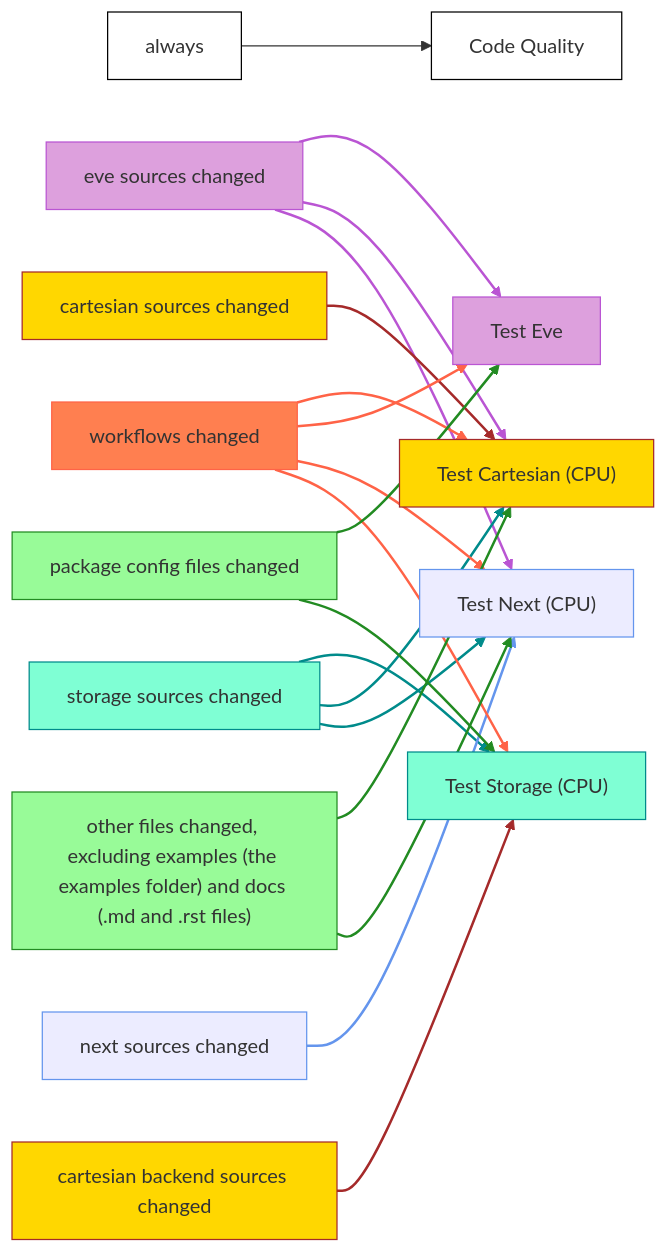
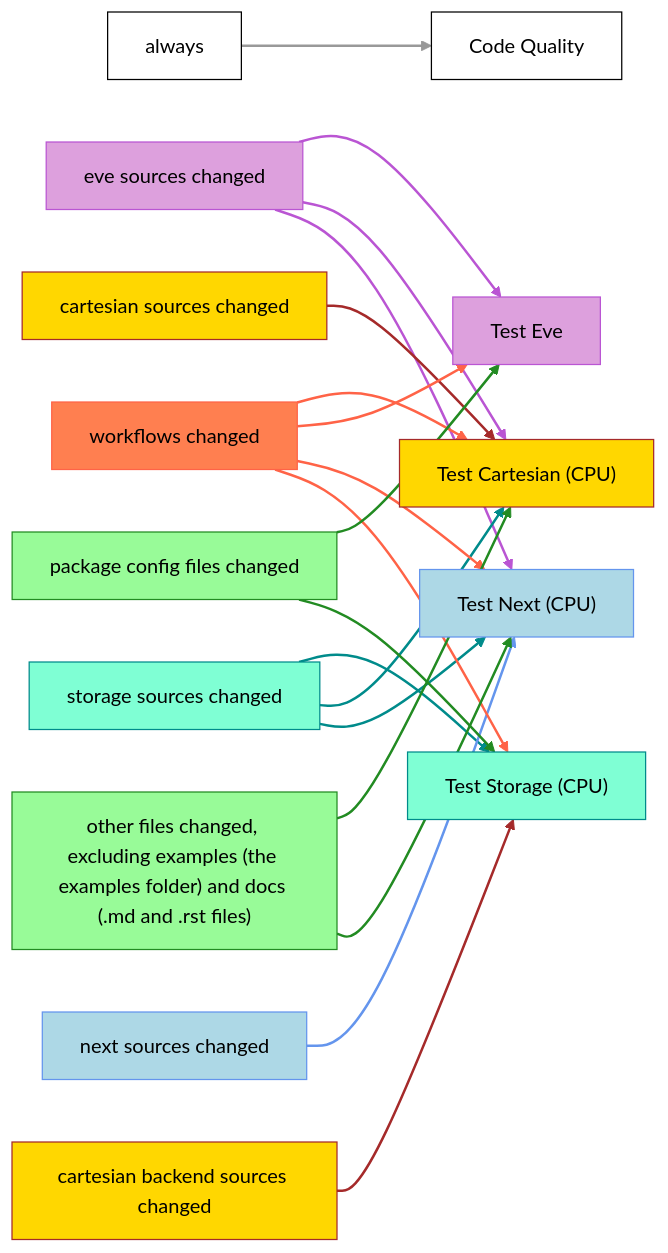
Before and after one commit to GridTools/gt4py: the diagram in docs/development/CI/infrastructure.md, drawn with Mermaid.

Commit message:
fix mermaid colors using neutral theme

````diff
--- a/docs/development/CI/infrastructure.md
+++ b/docs/development/CI/infrastructure.md
@@ -9,69 +9,76 @@
 ```mermaid
-%%{ init: { 'flowchart': { 'curve': 'basis' } } }%%
+%%{ 
+    init: {
+        'flowchart': { 'curve': 'basis' }, 
+        'theme': 'neutral'
+    }
+}%%
 flowchart LR
     always[always] --> qua[Code Quality]
 
     src_eve[eve sources changed] --> eve["Test Eve"]
     src_eve --> car["Test Cartesian (CPU)"]
     src_eve --> nxt["Test Next (CPU)"]
 
     src_car[cartesian sources changed] --> car["Test Cartesian (CPU)"]
 
     src_cab[cartesian backend sources changed] --> sto["Test Storage (CPU)"]
 
     src_sto[storage sources changed] --> sto
     src_sto --> car 
     src_sto --> nxt
 
     src_nxt[next sources changed] --> nxt
 
     cfg_wfl[workflows changed] --> car 
     cfg_wfl --> eve
     cfg_wfl --> nxt
     cfg_wfl --> sto
 
     other["other files changed, excluding examples (the examples folder) and docs (.md and .rst files)"] --> car
     other --> nxt
 
     pkg_cfg[package config files changed] --> eve
     pkg_cfg --> sto
 
     style always fill:White,stroke:black,text:black;
     style src_eve fill:Plum,stroke:MediumOrchid,text:black;
     style src_car fill:Gold,stroke:Brown,text:black;
     style src_cab fill:Gold,stroke:Brown,text:black;
     style src_sto fill:Aquamarine,stroke:DarkCyan,text:black;
-    style src_nxt fill:APPLICATION,stroke:CornFlowerBlue,text:black;
+    style src_nxt fill:LightBlue,stroke:CornFlowerBlue,text:black;
     style cfg_wfl fill:Coral,stroke:Tomato,text:black;
     style other fill:PaleGreen,stroke:ForestGreen,text:black;
     style pkg_cfg fill:PaleGreen,stroke:ForestGreen,text:black;
 
     style qua fill:White,stroke:black,text:black;
     style eve fill:Plum,stroke:MediumOrchid,text:black;
     style car fill:Gold,stroke:Brown,text:black;
     style sto fill:Aquamarine,stroke:DarkCyan,text:black;
-    style nxt fill:APPLICATION,stroke:CornFlowerBlue,text:black;
+    style nxt fill:LightBlue,stroke:CornFlowerBlue,text:black;
+
+    linkStyle 0 stroke:#999,stroke-width:2px;
     
     linkStyle 1 stroke:MediumOrchid,stroke-width:2px;
     linkStyle 2 stroke:MediumOrchid,stroke-width:2px;
     linkStyle 3 stroke:MediumOrchid,stroke-width:2px;
 
     linkStyle 4 stroke:Brown,stroke-width:2px;
     linkStyle 5 stroke:Brown,stroke-width:2px;
 
     linkStyle 6 stroke:DarkCyan,stroke-width:2px;
     linkStyle 7 stroke:DarkCyan,stroke-width:2px;
     linkStyle 8 stroke:DarkCyan,stroke-width:2px;
 
     linkStyle 9 stroke:CornFlowerBlue,stroke-width:2px;
 
     linkStyle 10 stroke:Tomato,stroke-width:2px;
     linkStyle 11 stroke:Tomato,stroke-width:2px;
     linkStyle 12 stroke:Tomato,stroke-width:2px;
     linkStyle 13 stroke:Tomato,stroke-width:2px;
 
     linkStyle 14 stroke:ForestGreen,stroke-width:2px;
     linkStyle 15 stroke:ForestGreen,stroke-width:2px;
     linkStyle 16 stroke:ForestGreen,stroke-width:2px;
     linkStyle 17 stroke:ForestGreen,stroke-width:2px;
 ```
````
